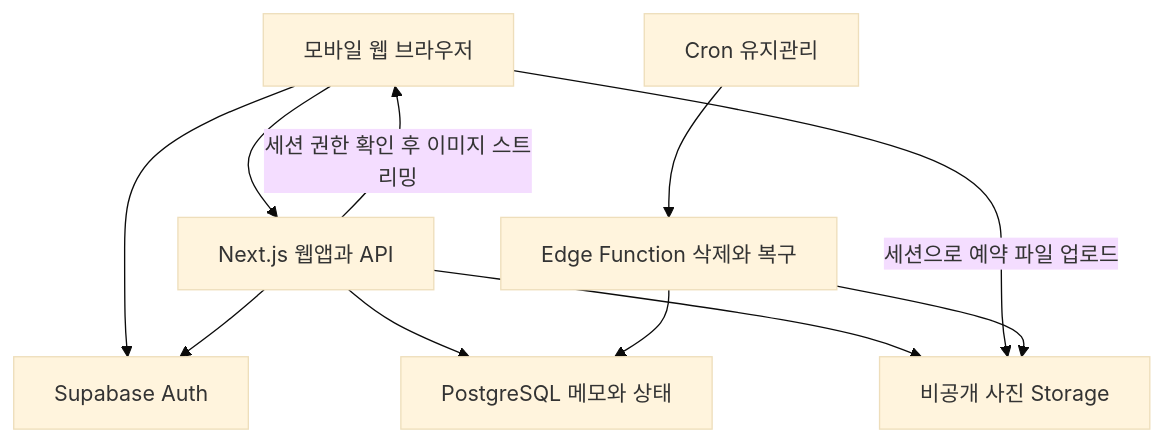
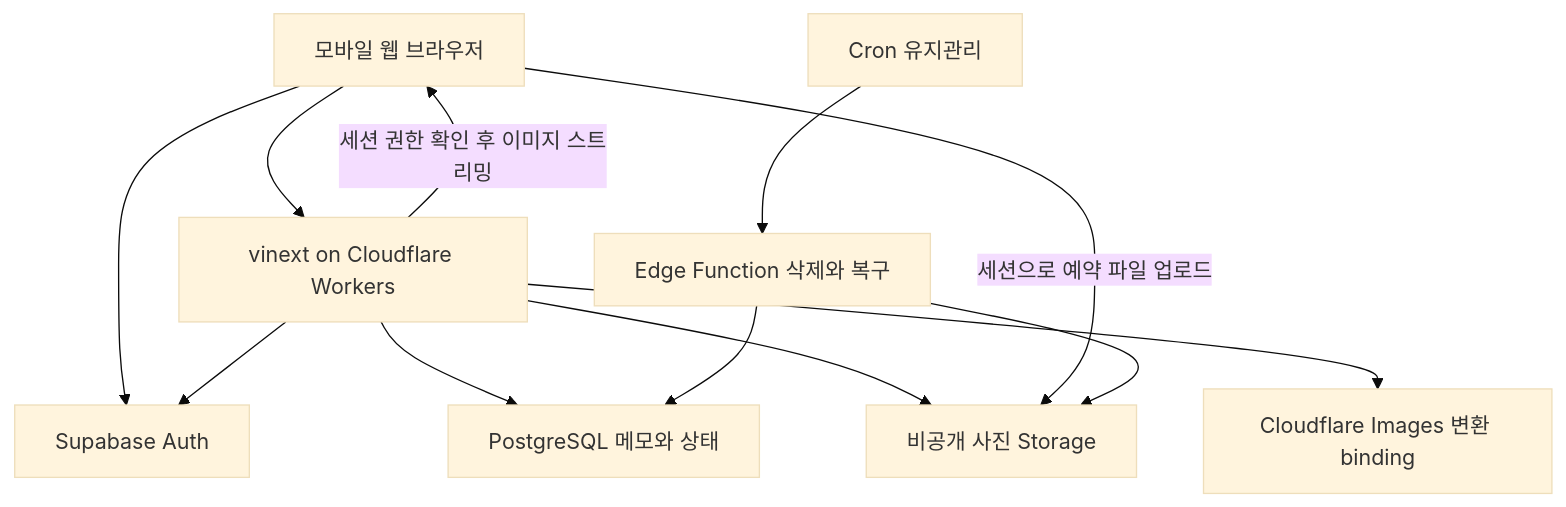
Before and after one commit to JooJeongwon/recall-memory: the first of 3 diagrams in ARCHITECTURE.md, drawn with Mermaid (base theme). The commit also changed other lines of this file and 21 other files, not shown here.

Commit message:
Migrate app to Cloudflare Workers with vinext

````diff
--- a/ARCHITECTURE.md
+++ b/ARCHITECTURE.md
@@ -9,13 +9,14 @@
 ```mermaid
 flowchart TD
-    Browser["모바일 웹 브라우저"] --> App["Next.js 웹앱과 API"]
+    Browser["모바일 웹 브라우저"] --> App["vinext on Cloudflare Workers"]
     Browser --> Auth["Supabase Auth"]
     App --> Auth
     App --> DB["PostgreSQL 메모와 상태"]
     App --> Storage["비공개 사진 Storage"]
+    App --> Images["Cloudflare Images 변환 binding"]
     Browser -->|"세션으로 예약 파일 업로드"| Storage
     App -->|"세션 권한 확인 후 이미지 스트리밍"| Browser
     Cron["Cron 유지관리"] --> Worker["Edge Function 삭제와 복구"]
     Worker --> DB
     Worker --> Storage
 ```
````
